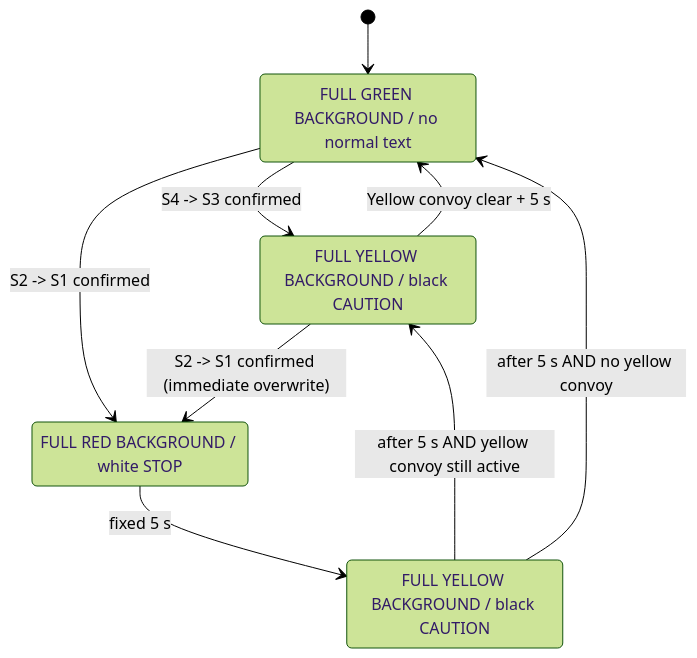
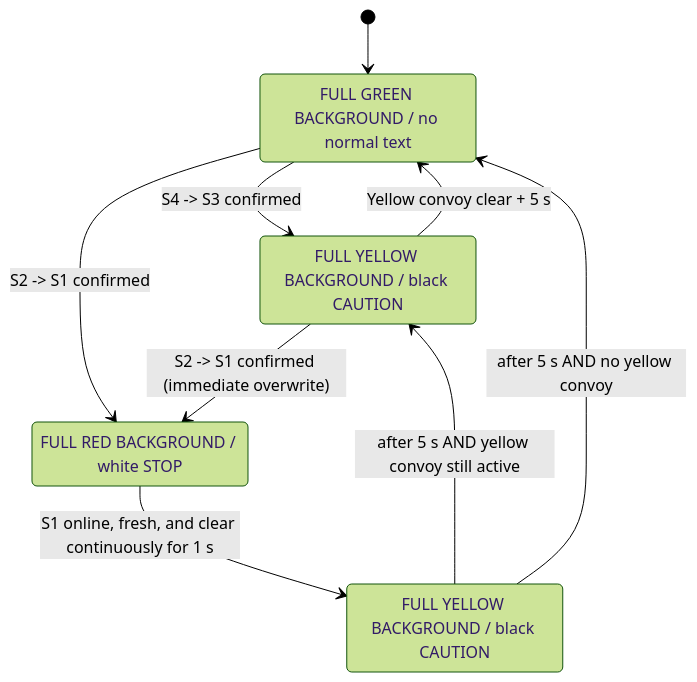
One commit to pongsatorntem/AutoEcar changed the second of 2 diagrams in docs/LOGIC.md. Above: the diagram before and after it, drawn with Mermaid (forest theme). The commit also changed other lines of this file and 10 other files, not shown here.

Commit message:
feat: hold red until S1 clear

````diff
--- a/docs/LOGIC.md
+++ b/docs/LOGIC.md
@@ -45,16 +46,16 @@
 ```mermaid
 stateDiagram-v2
     [*] --> IDLE
     IDLE: FULL GREEN BACKGROUND / no normal text
     YELLOW: FULL YELLOW BACKGROUND / black CAUTION
     RED: FULL RED BACKGROUND / white STOP
     RETURN: FULL YELLOW BACKGROUND / black CAUTION
 
     IDLE --> YELLOW: S4 -> S3 confirmed
     IDLE --> RED: S2 -> S1 confirmed
     YELLOW --> RED: S2 -> S1 confirmed (immediate overwrite)
     YELLOW --> IDLE: Yellow convoy clear + 5 s
-    RED --> RETURN: fixed 5 s
+    RED --> RETURN: S1 online, fresh, and clear continuously for 1 s
     RETURN --> YELLOW: after 5 s AND yellow convoy still active
     RETURN --> IDLE: after 5 s AND no yellow convoy
 ```
````
